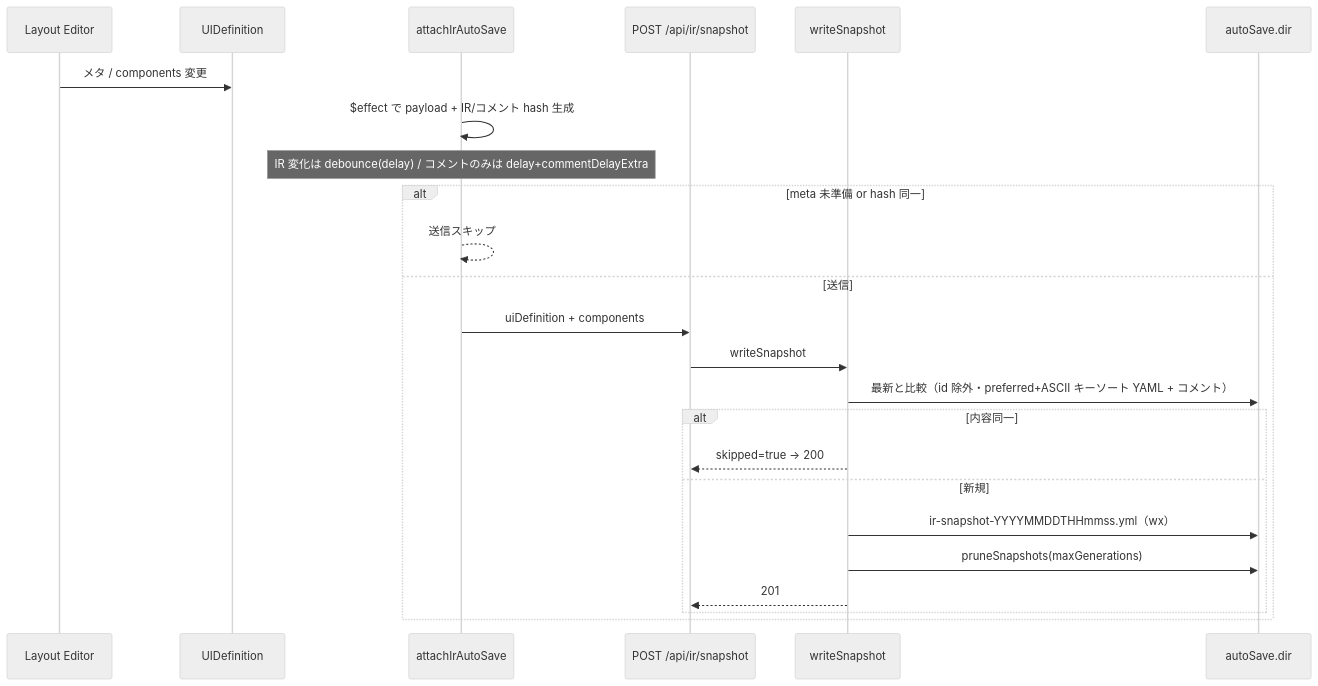
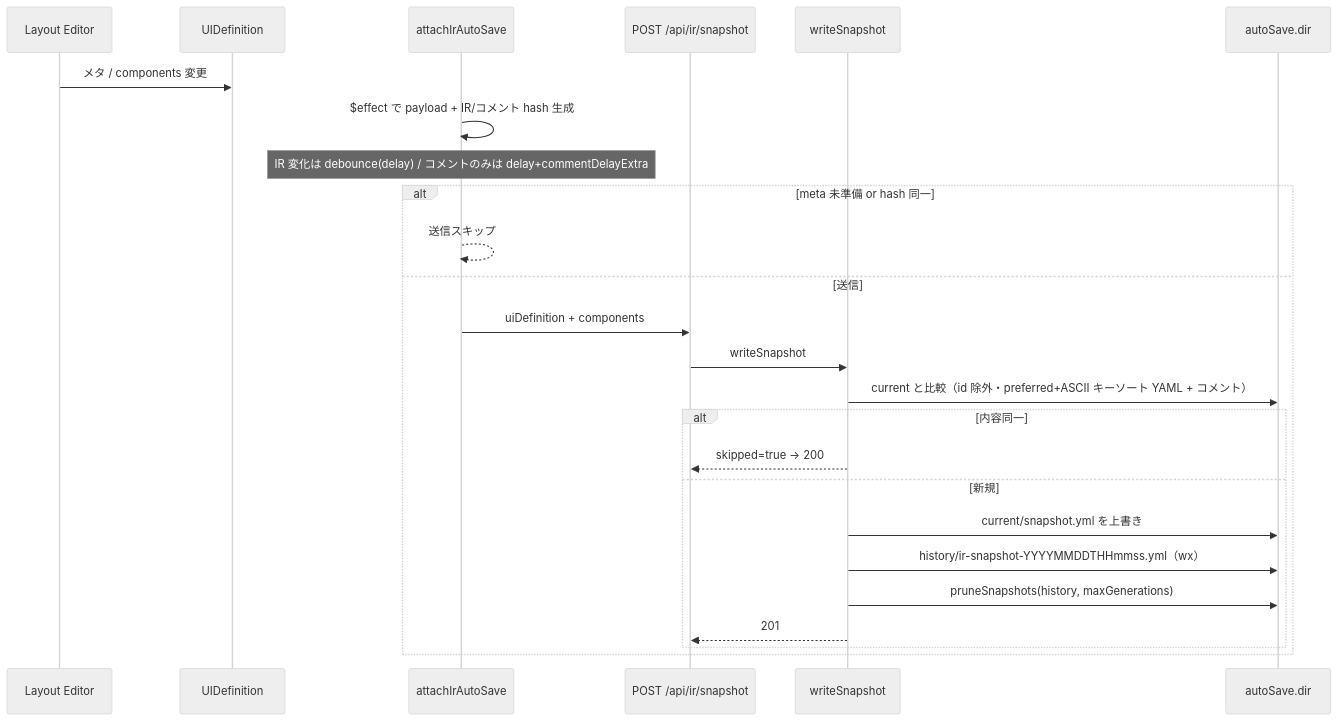
The diagram in docs/use-cases/ir-snapshot-auto-save.md (tatsuEX/lightweight-ir-modeler), drawn with Mermaid (neutral theme) before and after one commit. The commit also changed other lines of this file and 3 other files, not shown here.

````diff
--- a/docs/use-cases/ir-snapshot-auto-save.md
+++ b/docs/use-cases/ir-snapshot-auto-save.md
@@ -47,27 +48,28 @@
 ```mermaid
 sequenceDiagram
   participant Editor as Layout Editor
   participant Store as UIDefinition
   participant Auto as attachIrAutoSave
   participant API as POST /api/ir/snapshot
   participant IO as writeSnapshot
   participant Disk as autoSave.dir
 
   Editor->>Store: メタ / components 変更
   Auto->>Auto: $effect で payload + IR/コメント hash 生成
   Note over Auto: IR 変化は debounce(delay) / コメントのみは delay+commentDelayExtra
   alt meta 未準備 or hash 同一
     Auto-->>Auto: 送信スキップ
   else 送信
     Auto->>API: uiDefinition + components
     API->>IO: writeSnapshot
-    IO->>Disk: 最新と比較（id 除外・preferred+ASCII キーソート YAML + コメント）
+    IO->>Disk: current と比較（id 除外・preferred+ASCII キーソート YAML + コメント）
     alt 内容同一
       IO-->>API: skipped=true → 200
     else 新規
-      IO->>Disk: ir-snapshot-YYYYMMDDTHHmmss.yml（wx）
-      IO->>Disk: pruneSnapshots(maxGenerations)
+      IO->>Disk: current/snapshot.yml を上書き
+      IO->>Disk: history/ir-snapshot-YYYYMMDDTHHmmss.yml（wx）
+      IO->>Disk: pruneSnapshots(history, maxGenerations)
       IO-->>API: 201
     end
   end
 ```
````
